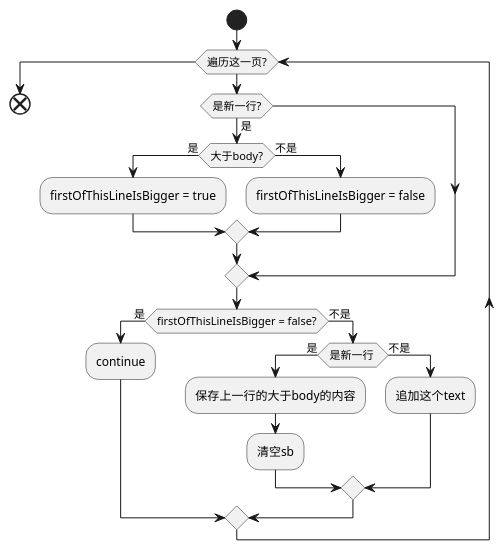
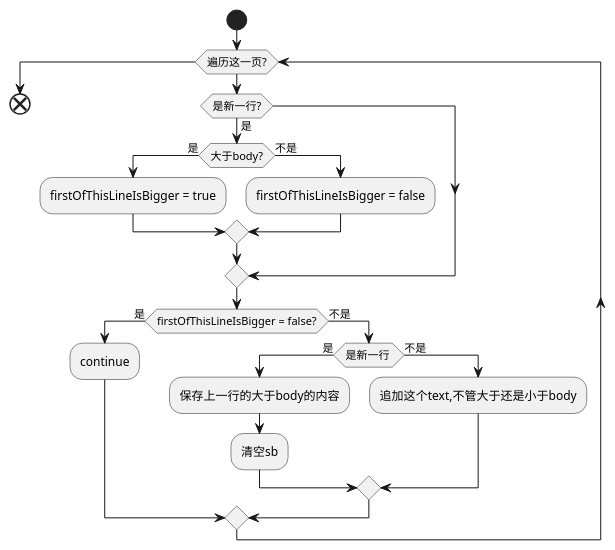
The diagram in dd.puml (zwxbest/autobookmark), drawn with PlantUML before and after one commit.

```diff
--- a/dd.puml
+++ b/dd.puml
@@ -1,23 +1,23 @@
 @startuml
 start
 while(遍历这一页?)
 if (是新一行?) then(是)
 if(大于body?) then (是)
 :firstOfThisLineIsBigger = true;
 else (不是)
 :firstOfThisLineIsBigger = false;
 endif
 endif
 if(firstOfThisLineIsBigger = false?) then (是)
 :continue;
 else (不是)
 if(是新一行 ) then (是)
 :保存上一行的大于body的内容;
 :清空sb;
 else (不是)
-:追加这个text;
+:追加这个text,不管大于还是小于body;
 endif
 endif
 endwhile
 end
 @enduml
```
